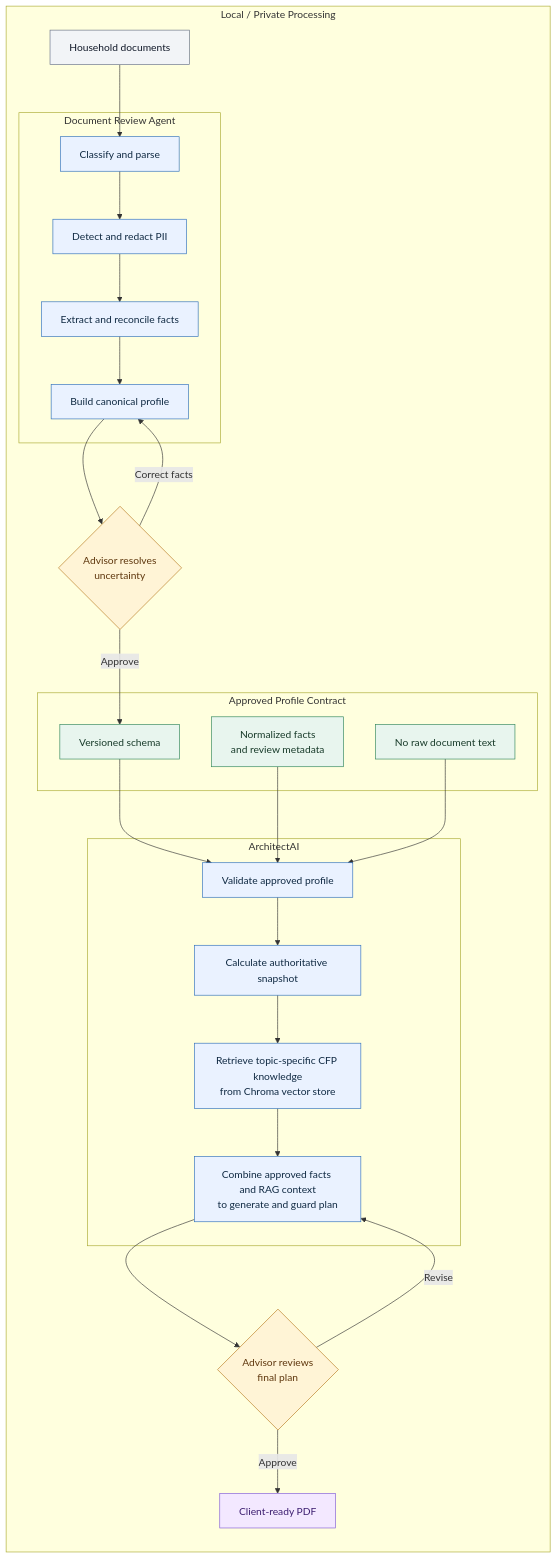
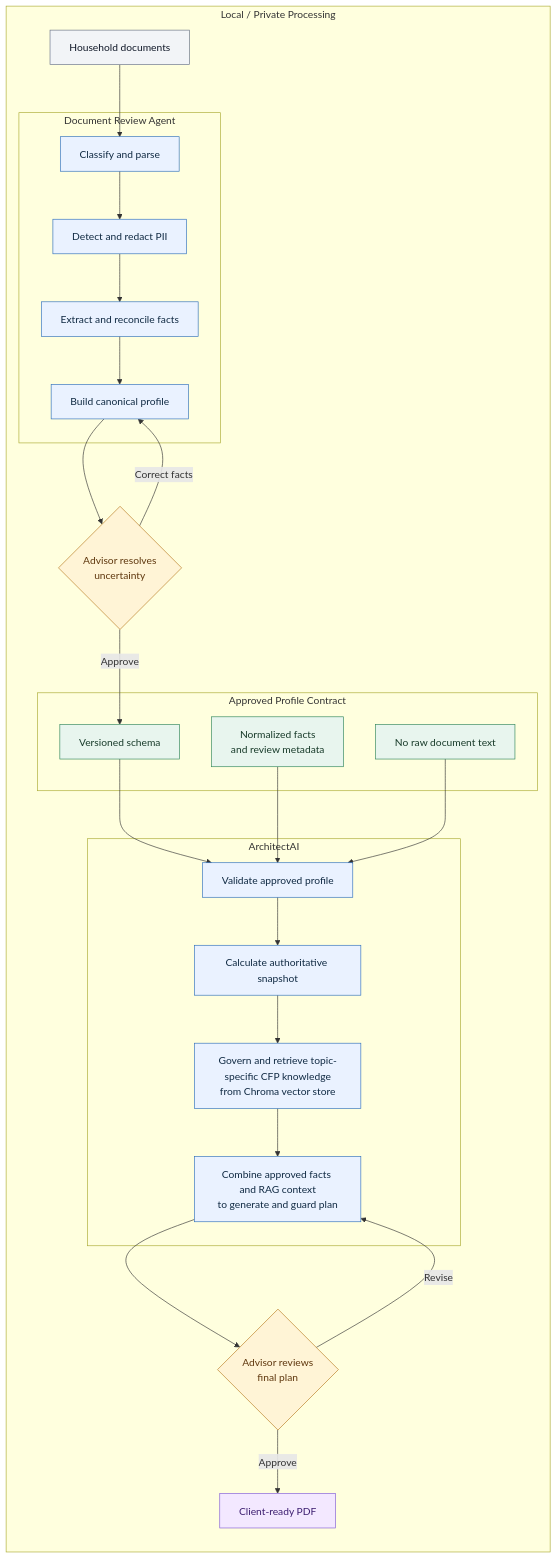
Before and after one commit to ygyzys83/Advisor_Intelligence_Workflow: the second of 3 diagrams in architecture/SYSTEM_ARCHITECTURE.md, drawn with Mermaid. The commit also changed other lines of this file and 8 other files, not shown here.

Commit message:
Update portfolio evidence for schema 1.4 and governed specialty RAG

````diff
--- a/architecture/SYSTEM_ARCHITECTURE.md
+++ b/architecture/SYSTEM_ARCHITECTURE.md
@@ -36,56 +36,56 @@
 ```mermaid
 flowchart LR
     subgraph LOCAL["Local / Private Processing"]
         A["Household documents"]
 
         subgraph DRA["Document Review Agent"]
             B["Classify and parse"]
             C["Detect and redact PII"]
             D["Extract and reconcile facts"]
             E["Build canonical profile"]
             B --> C --> D --> E
         end
 
         F{"Advisor resolves<br/>uncertainty"}
 
         subgraph CONTRACT["Approved Profile Contract"]
             G["Versioned schema"]
             H["Normalized facts<br/>and review metadata"]
             I["No raw document text"]
         end
 
         subgraph AAI["ArchitectAI"]
             J["Validate approved profile"]
             K["Calculate authoritative snapshot"]
-            L["Retrieve topic-specific CFP knowledge<br/>from Chroma vector store"]
+            L["Govern and retrieve topic-specific CFP knowledge<br/>from Chroma vector store"]
             M["Combine approved facts and RAG context<br/>to generate and guard plan"]
             J --> K --> L --> M
         end
 
         N{"Advisor reviews<br/>final plan"}
         O["Client-ready PDF"]
     end
 
     A --> B
     E --> F
     F -->|Correct facts| E
     F -->|Approve| G
     G --> J
     H --> J
     I --> J
     M --> N
     N -->|Revise| M
     N -->|Approve| O
 
     classDef source fill:#F2F4F7,stroke:#667085,color:#101828;
     classDef system fill:#EAF2FF,stroke:#2E6FBB,color:#102A43;
     classDef human fill:#FFF4D6,stroke:#B7791F,color:#5F370E;
     classDef contract fill:#E8F5EE,stroke:#2F855A,color:#183B2A;
     classDef output fill:#F3E8FF,stroke:#805AD5,color:#3C1E70;
 
     class A source;
     class B,C,D,E,J,K,L,M system;
     class F,N human;
     class G,H,I contract;
     class O output;
 ```
````
